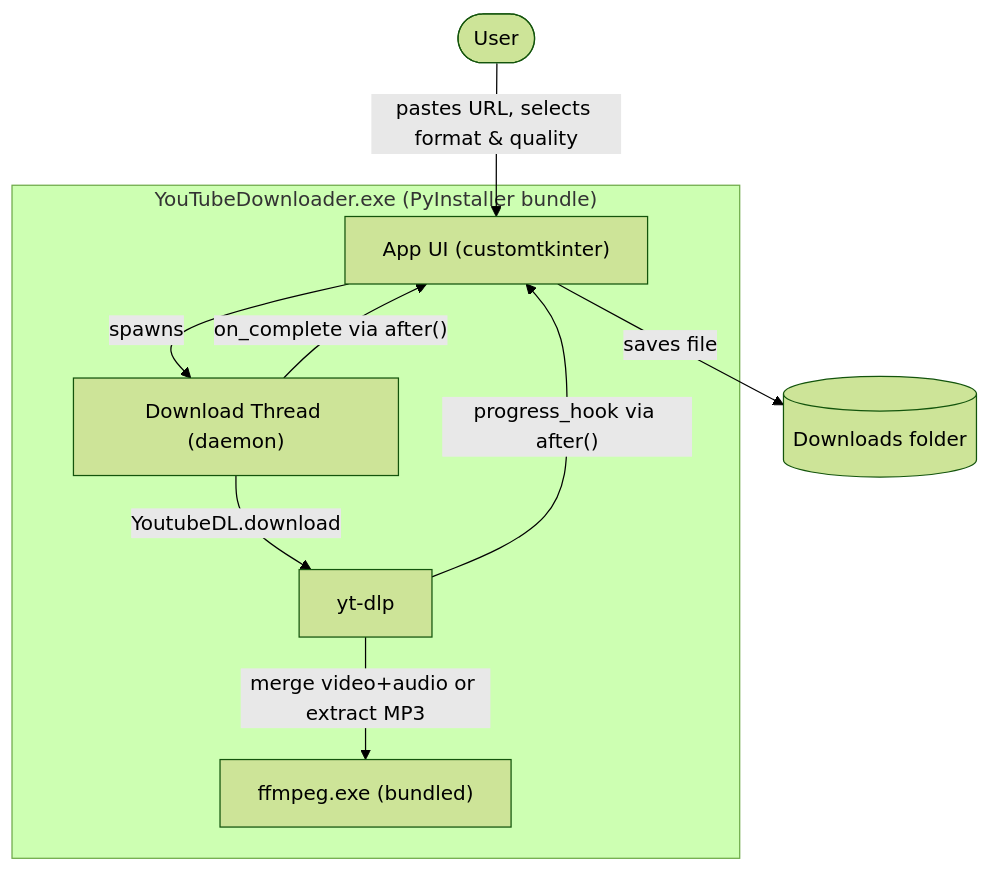
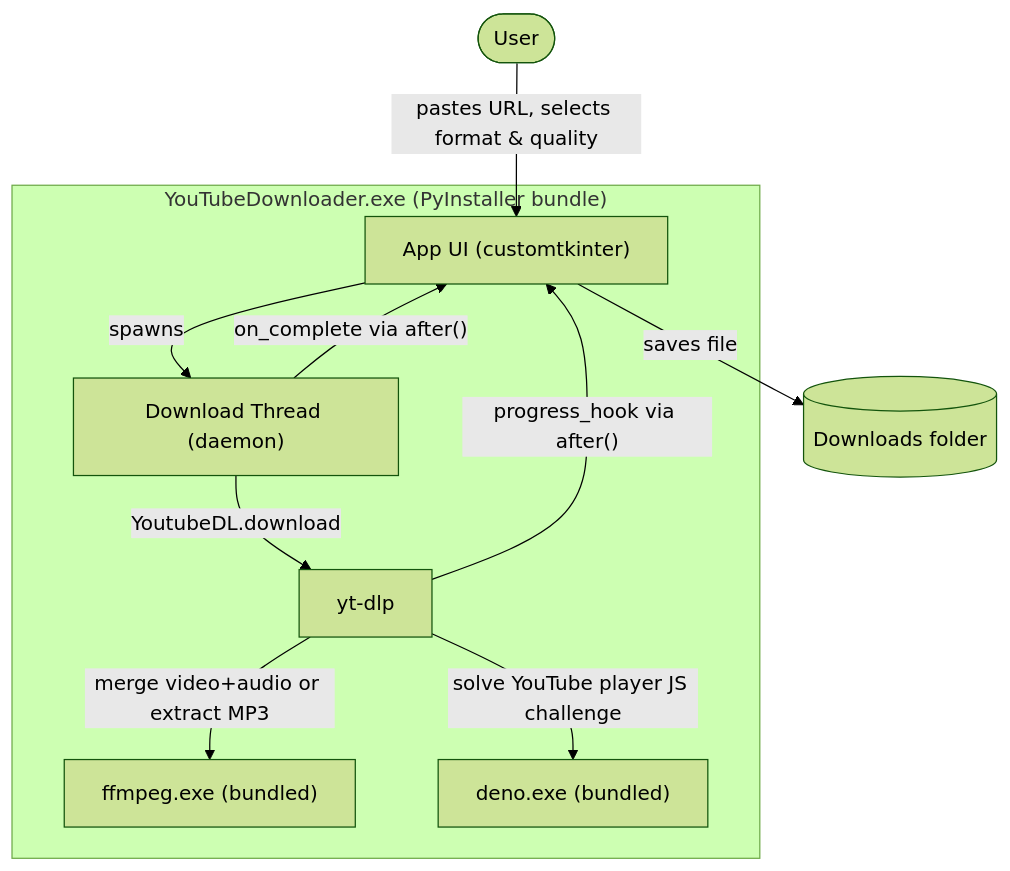
The first of 3 diagrams in README.md (BrunoGrifo/YoutubeDownloader), drawn with Mermaid (forest theme) before and after one commit. The commit also changed other lines of this file and 3 other files, not shown here.

````diff
--- a/README.md
+++ b/README.md
@@ -47,18 +52,20 @@
 ```mermaid
 graph TD
     User([User]) -->|"pastes URL, selects format & quality"| UI
 
     subgraph exe["YouTubeDownloader.exe (PyInstaller bundle)"]
         UI["App UI (customtkinter)"]
         DL["Download Thread (daemon)"]
         YTDLP["yt-dlp"]
         FFMPEG["ffmpeg.exe (bundled)"]
+        DENO["deno.exe (bundled)"]
     end
 
     UI -->|spawns| DL
     DL -->|YoutubeDL.download| YTDLP
     YTDLP -->|"merge video+audio or extract MP3"| FFMPEG
+    YTDLP -->|"solve YouTube player JS challenge"| DENO
     YTDLP -->|"progress_hook via after()"| UI
     DL -->|"on_complete via after()"| UI
     UI -->|saves file| Disk[(Downloads folder)]
 ```
````
